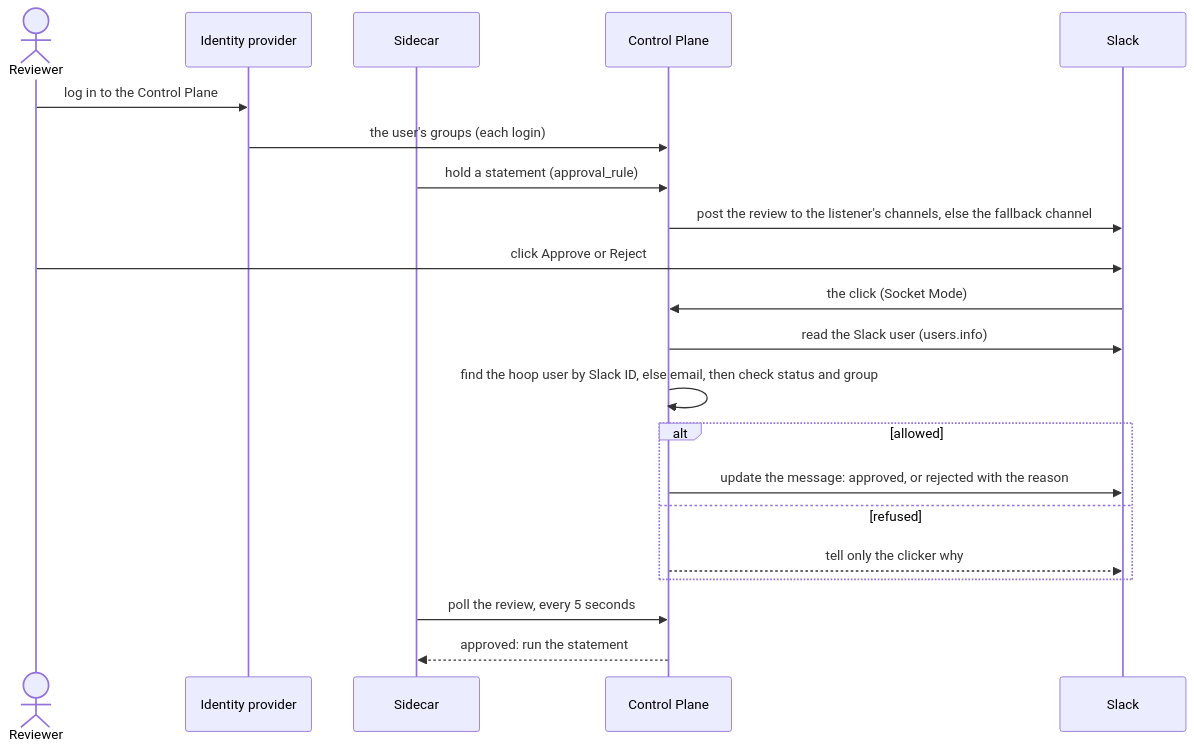
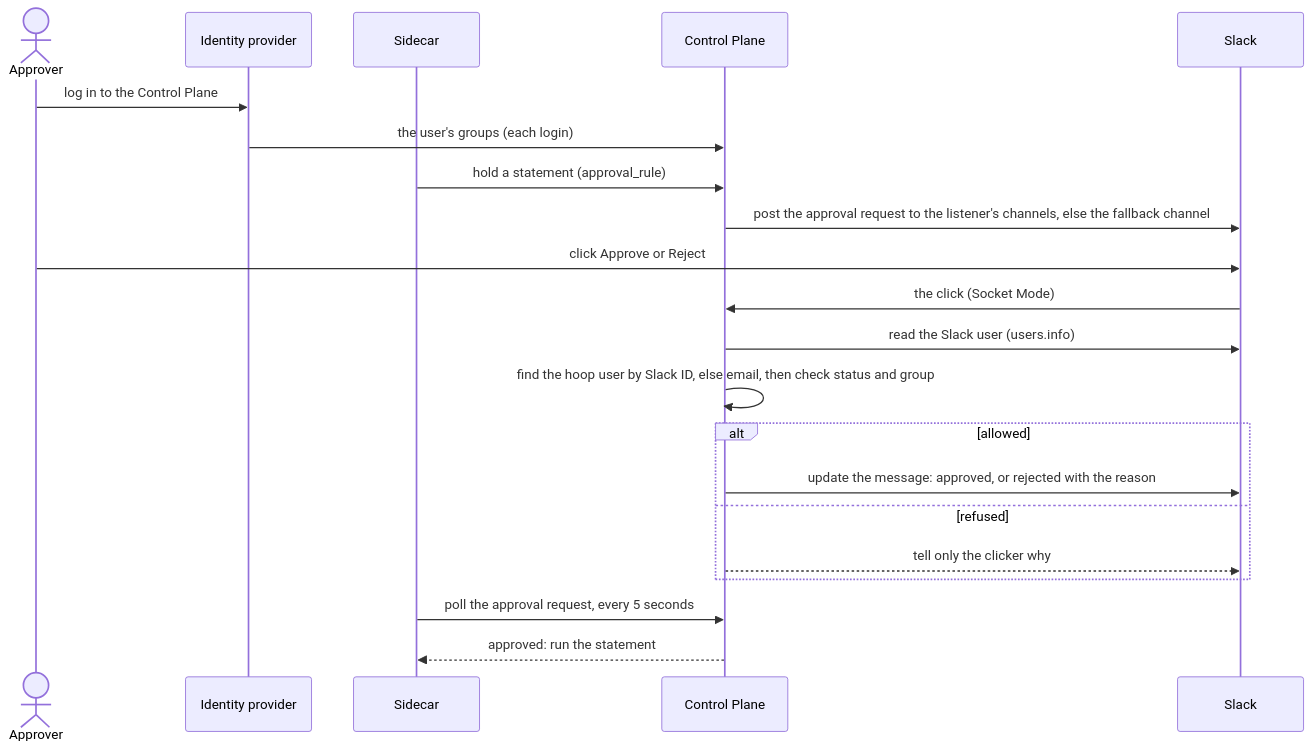
The diagram in control-plane/slack.mdx (hoophq/documentation), drawn with Mermaid before and after one commit. The commit also changed other lines of this file and 22 other files, not shown here.

First line of the commit message:
DES-228: docs: rename review to approval, with the earlier names as aliases

````diff
--- a/control-plane/slack.mdx
+++ b/control-plane/slack.mdx
@@ -24,24 +24,24 @@
 ```mermaid
 sequenceDiagram
-    actor R as Reviewer
+    actor R as Approver
     participant IdP as Identity provider
     participant S as Sidecar
     participant CP as Control Plane
     participant SL as Slack
 
     R->>IdP: log in to the Control Plane
     IdP->>CP: the user's groups (each login)
     S->>CP: hold a statement (approval_rule)
-    CP->>SL: post the review to the listener's channels, else the fallback channel
+    CP->>SL: post the approval request to the listener's channels, else the fallback channel
     R->>SL: click Approve or Reject
     SL->>CP: the click (Socket Mode)
     CP->>SL: read the Slack user (users.info)
     CP->>CP: find the hoop user by Slack ID, else email, then check status and group
     alt allowed
         CP->>SL: update the message: approved, or rejected with the reason
     else refused
         CP-->>SL: tell only the clicker why
     end
-    S->>CP: poll the review, every 5 seconds
+    S->>CP: poll the approval request, every 5 seconds
     CP-->>S: approved: run the statement
 ```
````
